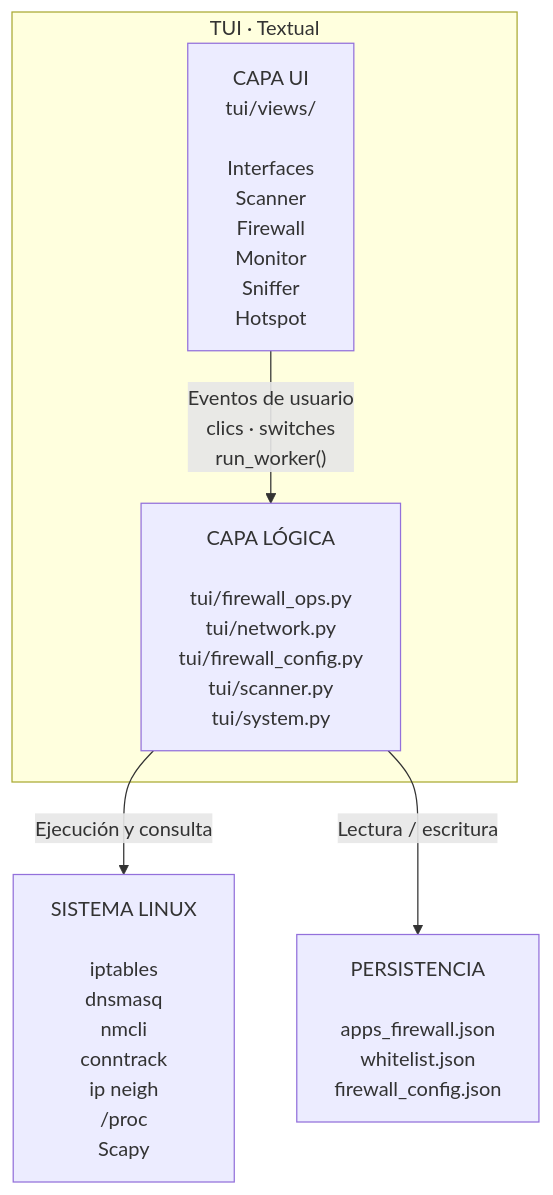
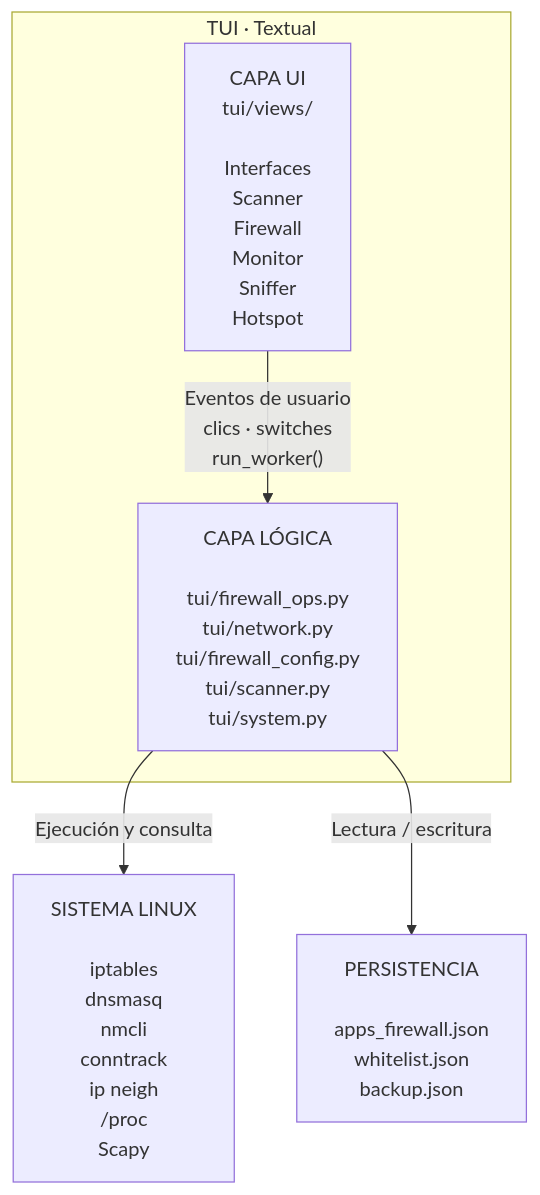
One commit to 00Danii/Ayanami changed the first of 7 diagrams in ManualProgramador.md. Above: the diagram before and after it, drawn with Mermaid. The commit also changed other lines of this file and 2 other files, not shown here.

````diff
--- a/ManualProgramador.md
+++ b/ManualProgramador.md
@@ -44,16 +44,16 @@
 ```mermaid
 flowchart TB
     subgraph TUI["TUI · Textual"]
         VIEWS["CAPA UI<br/>tui/views/<br/><br/>Interfaces<br/>Scanner<br/>Firewall<br/>Monitor<br/>Sniffer<br/>Hotspot"]
 
         LOGIC["CAPA LÓGICA<br/><br/>tui/firewall_ops.py<br/>tui/network.py<br/>tui/firewall_config.py<br/>tui/scanner.py<br/>tui/system.py"]
     end
 
     SYSTEM["SISTEMA LINUX<br/><br/>iptables<br/>dnsmasq<br/>nmcli<br/>conntrack<br/>ip neigh<br/>/proc<br/>Scapy"]
 
-    JSON["PERSISTENCIA<br/><br/>apps_firewall.json<br/>whitelist.json<br/>firewall_config.json"]
+    JSON["PERSISTENCIA<br/><br/>apps_firewall.json<br/>whitelist.json<br/>backup.json"]
 
     VIEWS -->|"Eventos de usuario<br/>clics · switches<br/>run_worker()"| LOGIC
     LOGIC -->|"Ejecución y consulta"| SYSTEM
     LOGIC -->|"Lectura / escritura"| JSON
 ```
````
